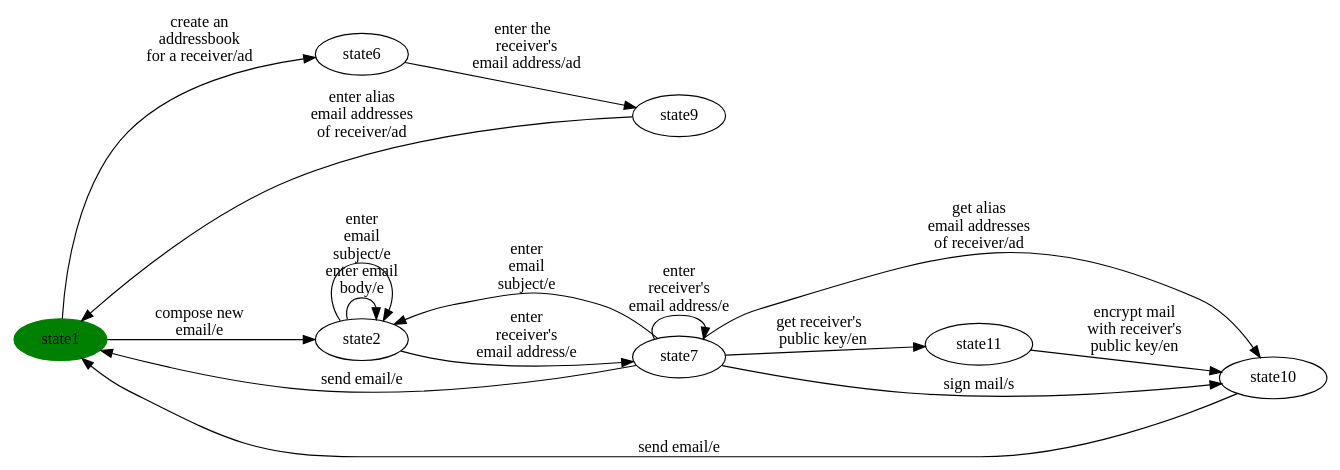
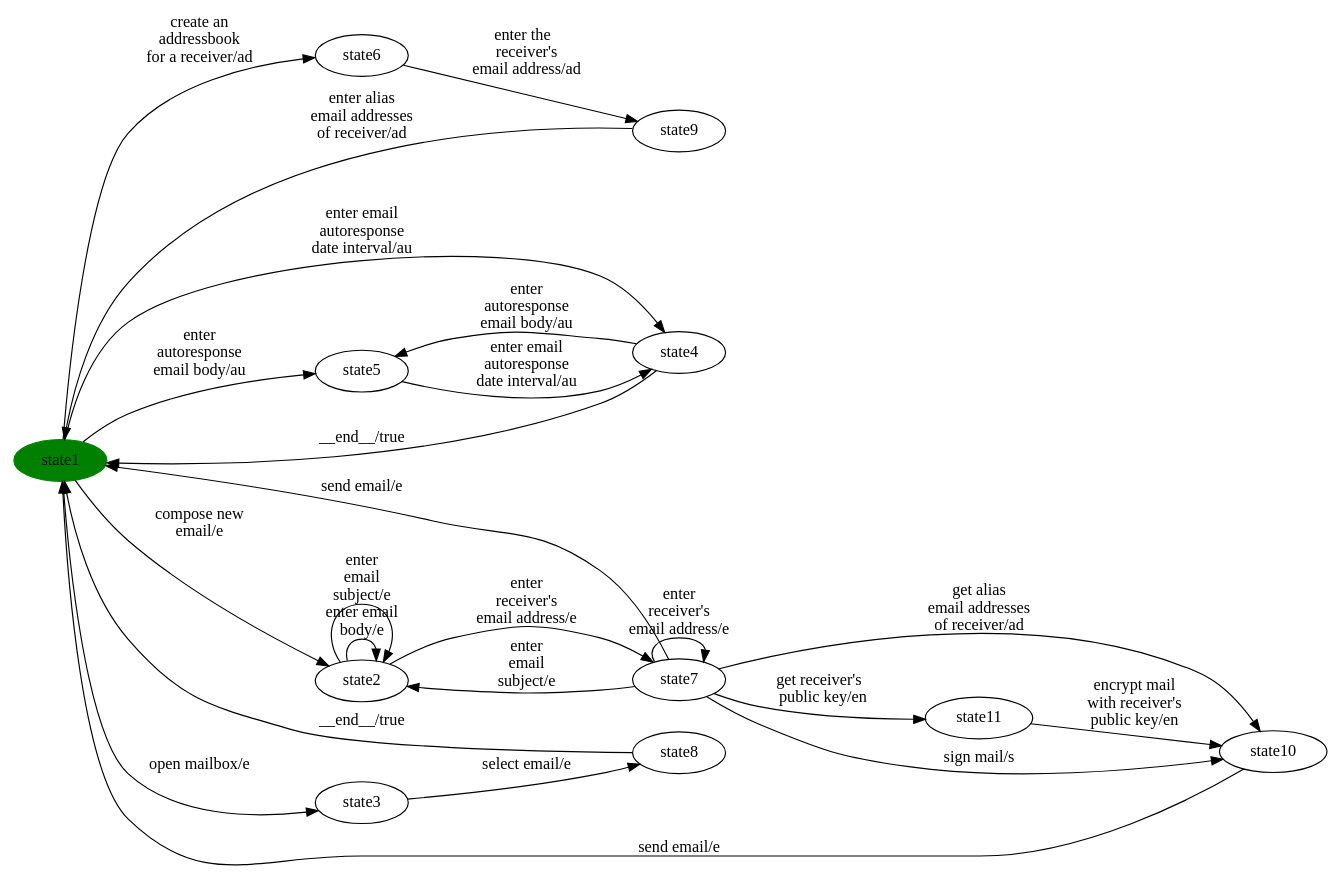
Before and after one commit to dilekozturk93/vibes: the diagram in milestone-reports/per-product/eMail/eMail-product20.dot, drawn with Graphviz. The commit also changed 243 other files, not shown here.

```diff
--- a/milestone-reports/per-product/eMail/eMail-product20.dot
+++ b/milestone-reports/per-product/eMail/eMail-product20.dot
@@ -1,46 +1,66 @@
 digraph G {
 rankdir=LR;
 state0[ label = "state1", style=filled, color=green ];
 state1 [ label = "state9" ];
 state1 -> state0 [ label=" enter alias 
 email addresses 
 of receiver/ad " ];
 state2 [ label = "state6" ];
 state2 -> state1 [ label=" enter the  
 receiver's 
 email address/ad " ];
-state3 [ label = "state11" ];
-state3 -> state4 [ label=" encrypt mail 
+state3 [ label = "state5" ];
+state3 -> state4 [ label=" enter email 
+autoresponse 
+date interval/au " ];
+state5 [ label = "state8" ];
+state5 -> state0 [ label=" __end__/true " ];
+state6 [ label = "state11" ];
+state6 -> state7 [ label=" encrypt mail 
 with receiver's 
 public key/en " ];
-state4 [ label = "state10" ];
-state4 -> state0 [ label=" send email/e " ];
-state5 [ label = "state7" ];
-state5 -> state0 [ label=" send email/e " ];
-state5 -> state3 [ label=" get receiver's  
-public key/en " ];
-state5 -> state4 [ label=" sign mail/s " ];
-state5 -> state4 [ label=" get alias 
+state7 [ label = "state10" ];
+state7 -> state0 [ label=" send email/e " ];
+state8 [ label = "state7" ];
+state8 -> state9 [ label=" enter
+ email 
+subject/e " ];
+state8 -> state0 [ label=" send email/e " ];
+state8 -> state8 [ label=" enter 
+receiver's 
+email address/e " ];
+state8 -> state7 [ label=" sign mail/s " ];
+state8 -> state7 [ label=" get alias 
 email addresses 
 of receiver/ad " ];
-state5 -> state6 [ label=" enter
+state8 -> state6 [ label=" get receiver's  
+public key/en " ];
+state9 [ label = "state2" ];
+state9 -> state8 [ label=" enter 
+receiver's 
+email address/e " ];
+state9 -> state9 [ label=" enter email 
+body/e " ];
+state9 -> state9 [ label=" enter
  email 
 subject/e " ];
-state5 -> state5 [ label=" enter 
-receiver's 
-email address/e " ];
-state6 [ label = "state2" ];
-state6 -> state5 [ label=" enter 
-receiver's 
-email address/e " ];
-state6 -> state6 [ label=" enter email 
-body/e " ];
-state6 -> state6 [ label=" enter
- email 
-subject/e " ];
+state0 -> state9 [ label=" compose new 
+email/e " ];
+state0 -> state10 [ label=" open mailbox/e " ];
+state0 -> state4 [ label=" enter email 
+autoresponse 
+date interval/au " ];
+state0 -> state3 [ label=" enter 
+autoresponse 
+email body/au " ];
 state0 -> state2 [ label=" create an 
 addressbook 
 for a receiver/ad " ];
-state0 -> state6 [ label=" compose new 
-email/e " ];
+state4 [ label = "state4" ];
+state4 -> state3 [ label=" enter 
+autoresponse 
+email body/au " ];
+state4 -> state0 [ label=" __end__/true " ];
+state10 [ label = "state3" ];
+state10 -> state5 [ label=" select email/e " ];
 }
```
